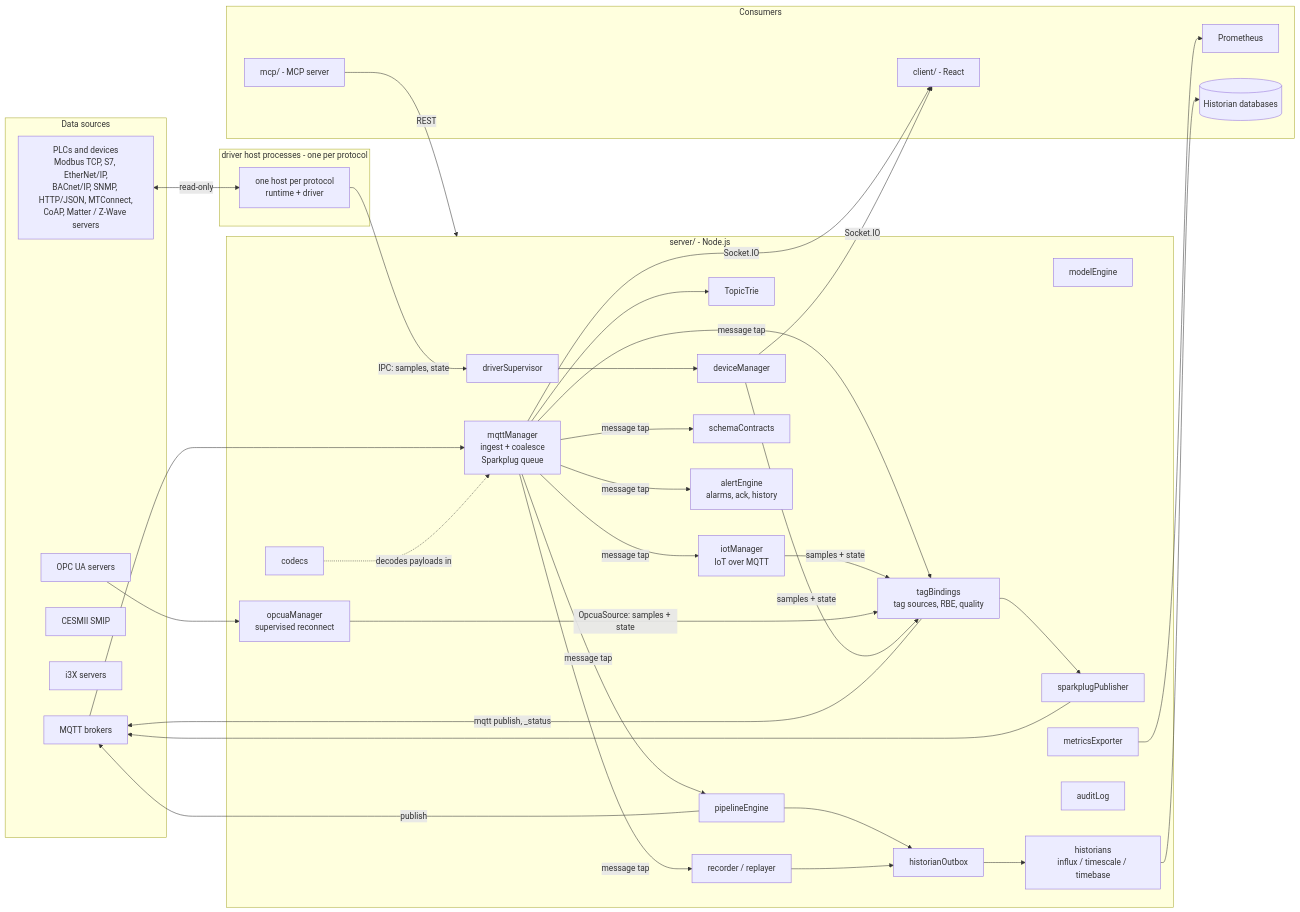
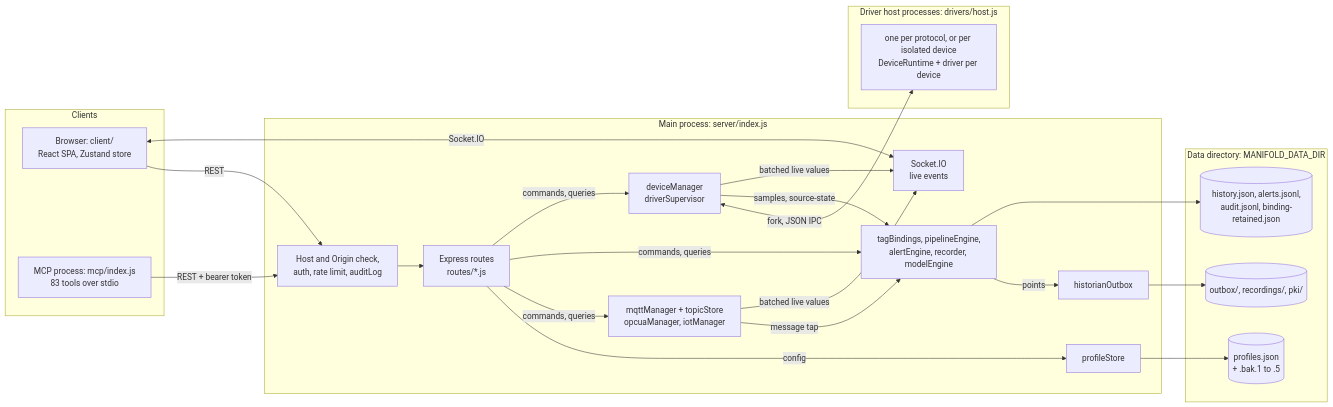
One commit to zbest1000/manifold changed the first of 16 diagrams in ARCHITECTURE.md. Above: the diagram before and after it, drawn with Mermaid. The commit also changed other lines of this file and 20 other files, not shown here.

First line of the commit message:
Release 1.1.0: clearer README with architecture diagrams, version bump, changelog highlights and upgrade notes

````diff
--- a/ARCHITECTURE.md
+++ b/ARCHITECTURE.md
@@ -15,63 +47,43 @@
 ```mermaid
 flowchart LR
-    subgraph sources [Data sources]
-        B[MQTT brokers]
-        O[OPC UA servers]
-        C[CESMII SMIP]
-        I[i3X servers]
-        PLC[PLCs and devices<br/>Modbus TCP, S7, EtherNet/IP,<br/>BACnet/IP, SNMP, HTTP/JSON, MTConnect,<br/>CoAP, Matter / Z-Wave servers]
+    subgraph clients["Clients"]
+        UI["Browser: client/<br/>React SPA, Zustand store"]
+        MCP["MCP process: mcp/index.js<br/>83 tools over stdio"]
     end
 
-    subgraph hosts [driver host processes - one per protocol]
-        DH[one host per protocol<br/>runtime + driver]
+    subgraph main["Main process: server/index.js"]
+        GATE["Host and Origin check,<br/>auth, rate limit, auditLog"]
+        ROUTES["Express routes<br/>routes/*.js"]
+        SIO["Socket.IO<br/>live events"]
+        INGEST["mqttManager + topicStore<br/>opcuaManager, iotManager"]
+        ENGINES["tagBindings, pipelineEngine,<br/>alertEngine, recorder, modelEngine"]
+        DEV["deviceManager<br/>driverSupervisor"]
+        OB["historianOutbox"]
+        PS["profileStore"]
     end
 
-    subgraph server [server/ - Node.js]
-        M[mqttManager<br/>ingest + coalesce<br/>Sparkplug queue]
-        OM[opcuaManager<br/>supervised reconnect]
-        SUP[driverSupervisor]
-        DM[deviceManager]
-        T[TopicTrie]
-        P[pipelineEngine]
-        MD[modelEngine]
-        R[recorder / replayer]
-        SC[schemaContracts]
-        TB[tagBindings<br/>tag sources, RBE, quality]
-        SP[sparkplugPublisher]
-        OB[historianOutbox]
-        H[historians<br/>influx / timescale / timebase]
-        AL[alertEngine<br/>alarms, ack, history]
-        IOT[iotManager<br/>IoT over MQTT]
-        CD[codecs]
-        AU[auditLog]
-        MX[metricsExporter]
+    subgraph hosts["Driver host processes: drivers/host.js"]
+        HOST["one per protocol, or per isolated device<br/>DeviceRuntime + driver per device"]
     end
 
-    subgraph clients [Consumers]
-        UI[client/ - React]
-        MCP[mcp/ - MCP server]
-        PROM[Prometheus]
-        HIST[(Historian databases)]
+    subgraph data["Data directory: MANIFOLD_DATA_DIR"]
+        CFG[("profiles.json<br/>+ .bak.1 to .5")]
+        LOGS[("history.json, alerts.jsonl,<br/>audit.jsonl, binding-retained.json")]
+        SPILL[("outbox/, recordings/, pki/")]
     end
 
-    B --> M
-    O --> OM
-    PLC <-- read-only --> DH
-    DH -- IPC: samples, state --> SUP --> DM
-    M --> T
-    M -- message tap --> P & R & SC & TB & AL & IOT
-    CD -. decodes payloads in .-> M
-    IOT -- samples + state --> TB
-    OM -- OpcuaSource: samples + state --> TB
-    DM -- samples + state --> TB
-    P --> OB
-    R --> OB
-    OB --> H --> HIST
-    TB --> SP --> B
-    TB -- mqtt publish, _status --> B
-    P -- publish --> B
-    M -- Socket.IO --> UI
-    DM -- Socket.IO --> UI
-    MCP -- REST --> server
-    MX --> PROM
+    UI -- "REST" --> GATE
+    UI <-- "Socket.IO" --> SIO
+    MCP -- "REST + bearer token" --> GATE
+    GATE --> ROUTES
+    ROUTES -- "config" --> PS
+    ROUTES -- "commands, queries" --> INGEST & ENGINES & DEV
+    INGEST -- "message tap" --> ENGINES
+    DEV <-- "fork, JSON IPC" --> HOST
+    DEV -- "samples, source-state" --> ENGINES
+    ENGINES -- "points" --> OB
+    INGEST & DEV -- "batched live values" --> SIO
+    PS --> CFG
+    ENGINES --> LOGS
+    OB --> SPILL
 ```
````
